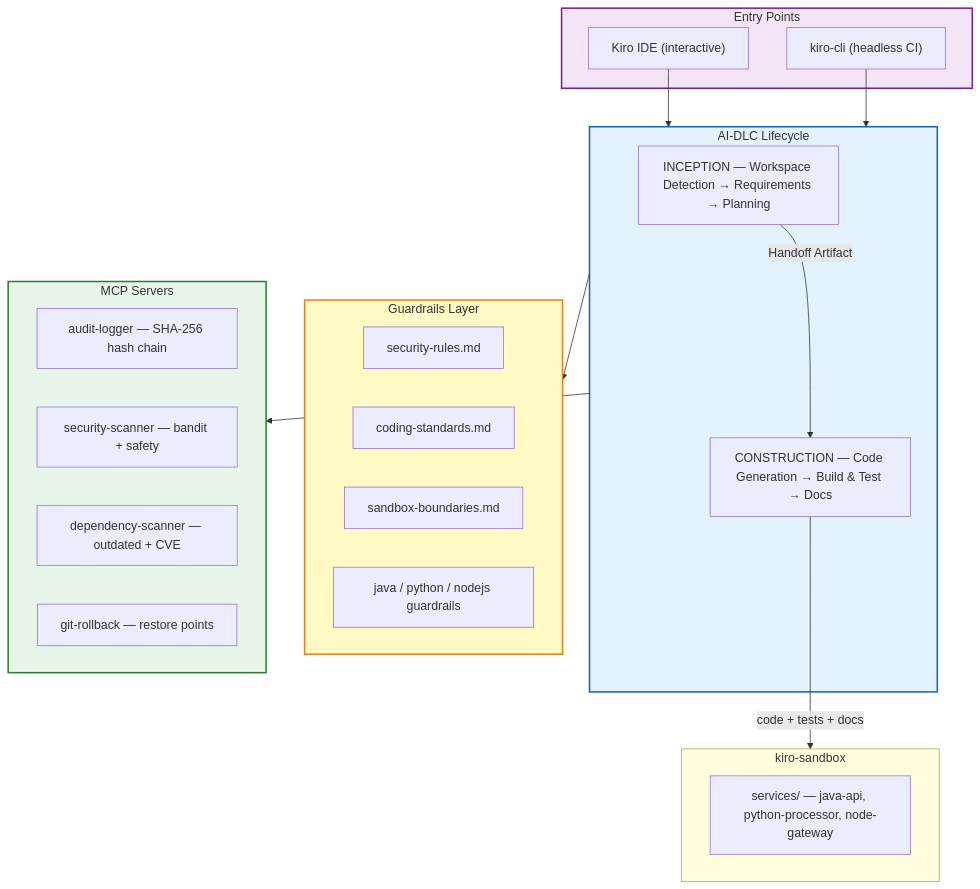
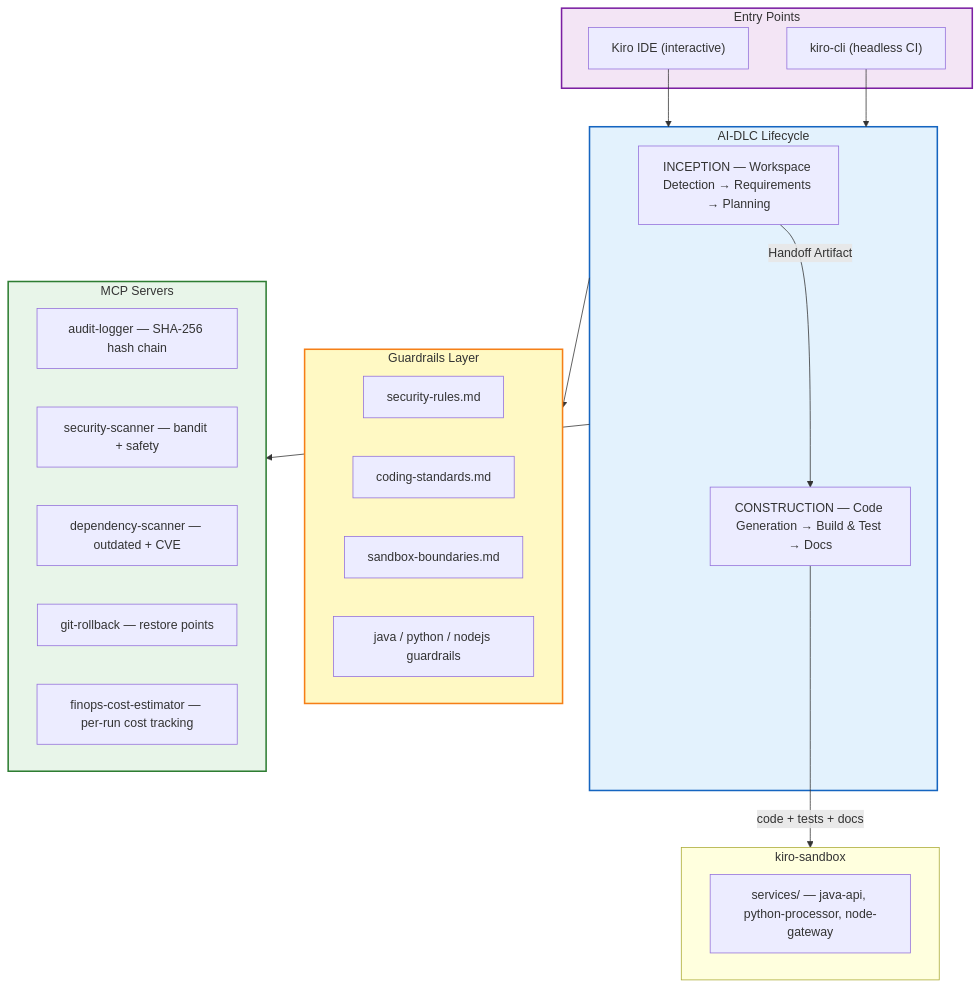
The third of 10 diagrams in docs/Architecture — Autonomous AI Software Development Lifecycle.md (ukrsite/kiro-autonomous-ai-sdlc), drawn with Mermaid before and after one commit. The commit also changed other lines of this file and 62 other files, not shown here.

````diff
--- a/docs/Architecture — Autonomous AI Software Development Lifecycle.md
+++ b/docs/Architecture — Autonomous AI Software Development Lifecycle.md
@@ -108,42 +132,43 @@
 ```mermaid
 graph TB
     subgraph ENTRY["Entry Points"]
         IDE["Kiro IDE (interactive)"]
         CLI["kiro-cli (headless CI)"]
     end
 
     subgraph AIDLC["AI-DLC Lifecycle"]
         INCEPTION["INCEPTION — Workspace Detection → Requirements → Planning"]
         CONSTRUCTION["CONSTRUCTION — Code Generation → Build & Test → Docs"]
         INCEPTION -->|"Handoff Artifact"| CONSTRUCTION
     end
 
     subgraph GUARDRAILS["Guardrails Layer"]
         SEC["security-rules.md"]
         CODE["coding-standards.md"]
         SAND["sandbox-boundaries.md"]
         LANG["java / python / nodejs guardrails"]
     end
 
     subgraph MCPSERVERS["MCP Servers"]
         AL["audit-logger — SHA-256 hash chain"]
         SS["security-scanner — bandit + safety"]
         DS["dependency-scanner — outdated + CVE"]
         GR["git-rollback — restore points"]
+        FC["finops-cost-estimator — per-run cost tracking"]
     end
 
     subgraph SANDBOX3["kiro-sandbox"]
         SVC["services/ — java-api, python-processor, node-gateway"]
     end
 
     IDE --> AIDLC
     CLI --> AIDLC
     AIDLC --> GUARDRAILS
     AIDLC --> MCPSERVERS
     CONSTRUCTION -->|"code + tests + docs"| SANDBOX3
 
     style ENTRY fill:#f3e5f5,stroke:#7b1fa2,stroke-width:2px
     style AIDLC fill:#e3f2fd,stroke:#1565c0,stroke-width:2px
     style GUARDRAILS fill:#fff9c4,stroke:#f57f17,stroke-width:2px
     style MCPSERVERS fill:#e8f5e9,stroke:#2e7d32,stroke-width:2px
 ```
````
